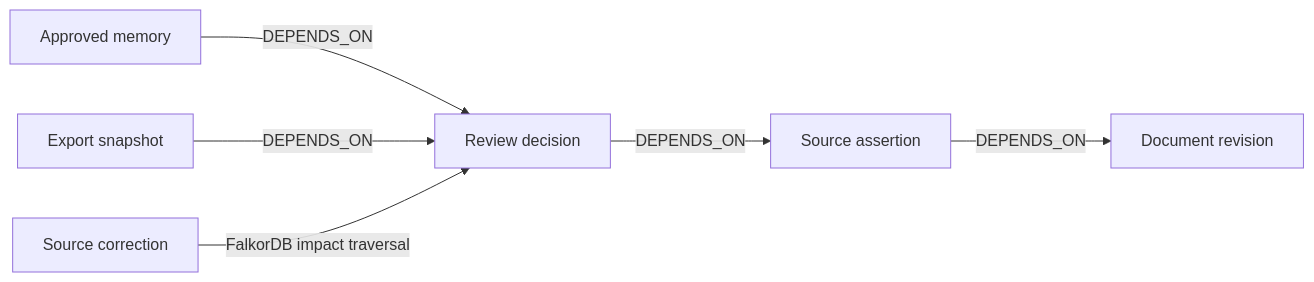
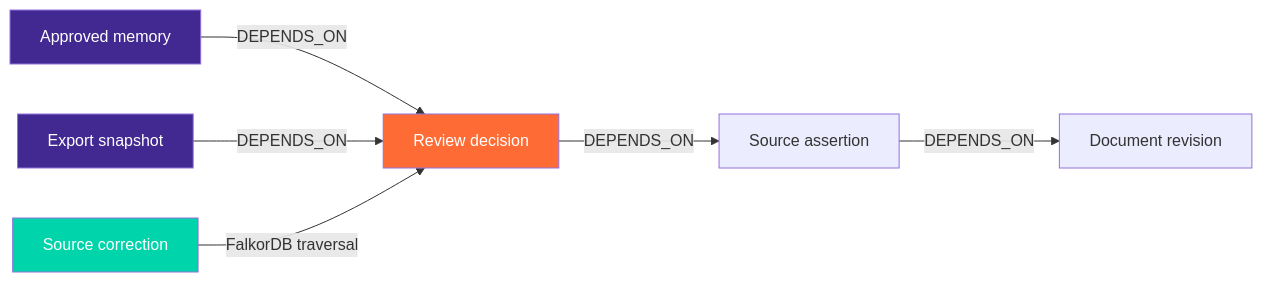
The diagram in README.md (Ants-riseup/ClearenceX_for_Graph_Hacks), drawn with Mermaid before and after one commit. The commit also changed other lines of this file, not shown here.

Commit message:
docs: hot & spicy README rewrite with demo credentials, full graph schema, evaluation results, agent tools, badge wall and complete feature inventory

````diff
--- a/README.md
+++ b/README.md
@@ -34,8 +216,12 @@
 ```mermaid
 flowchart LR
     R[Review decision] -->|DEPENDS_ON| A[Source assertion]
     A -->|DEPENDS_ON| D[Document revision]
     M[Approved memory] -->|DEPENDS_ON| R
     E[Export snapshot] -->|DEPENDS_ON| R
-    C[Source correction] -->|FalkorDB impact traversal| R
+    C[Source correction] -->|FalkorDB traversal| R
+    style R fill:#FF6B35,color:#fff
+    style C fill:#00D4AA,color:#fff
+    style M fill:#412991,color:#fff
+    style E fill:#412991,color:#fff
 ```
````
